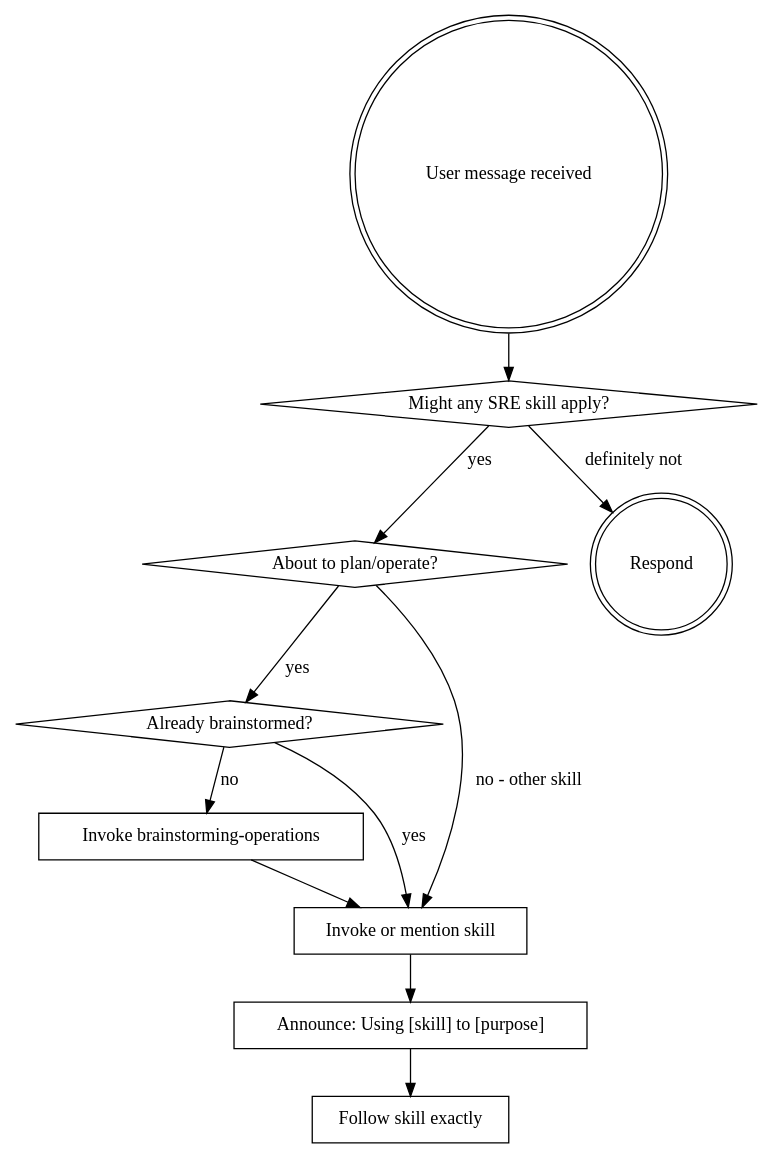
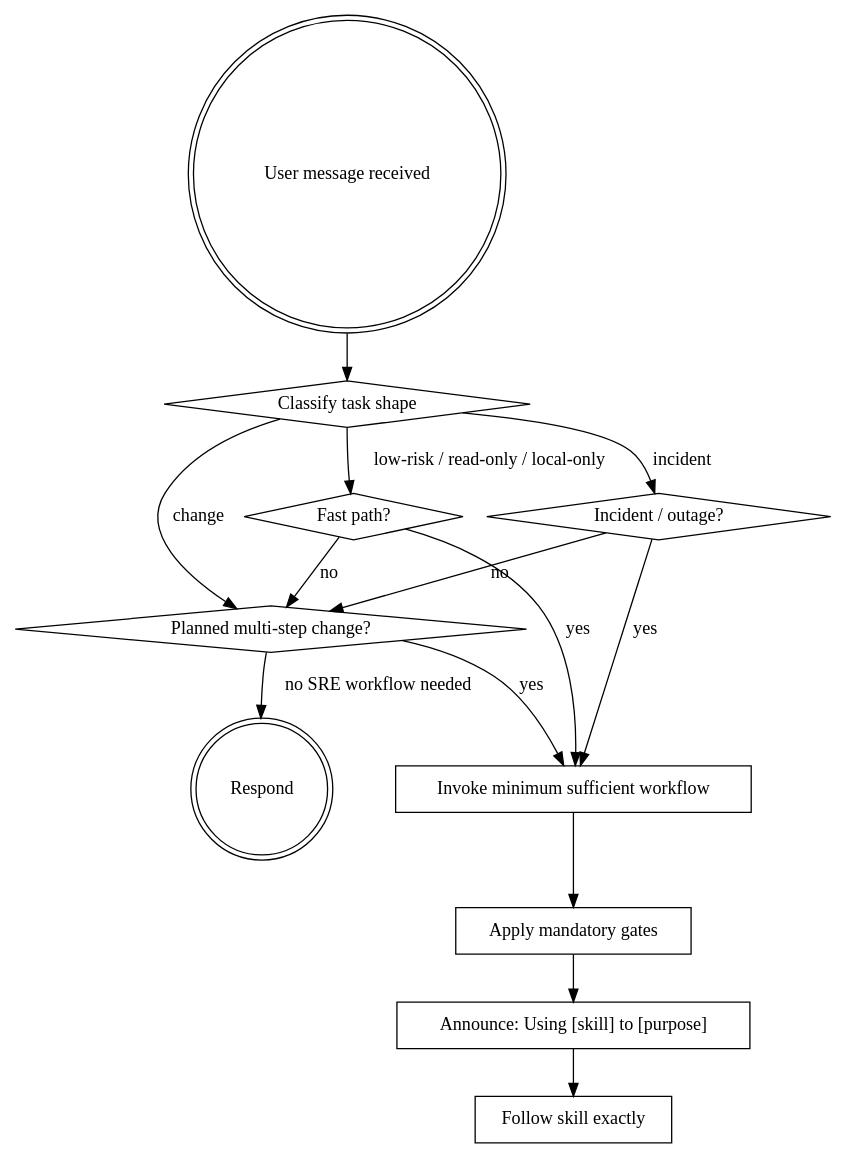
One commit to yg-codes/srepowers changed the diagram in skills/using-srepowers/SKILL.md. Above: the diagram before and after it, drawn with Graphviz. The commit also changed other lines of this file and 17 other files, not shown here.

````diff
--- a/skills/using-srepowers/SKILL.md
+++ b/skills/using-srepowers/SKILL.md
@@ -28,24 +34,28 @@
 ```dot
 digraph skill_flow {
     "User message received" [shape=doublecircle];
-    "Might any SRE skill apply?" [shape=diamond];
-    "About to plan/operate?" [shape=diamond];
-    "Already brainstormed?" [shape=diamond];
-    "Invoke brainstorming-operations" [shape=box];
-    "Invoke or mention skill" [shape=box];
+    "Classify task shape" [shape=diamond];
+    "Fast path?" [shape=diamond];
+    "Incident / outage?" [shape=diamond];
+    "Planned multi-step change?" [shape=diamond];
+    "Invoke minimum sufficient workflow" [shape=box];
+    "Apply mandatory gates" [shape=box];
     "Announce: Using [skill] to [purpose]" [shape=box];
     "Follow skill exactly" [shape=box];
     "Respond" [shape=doublecircle];
 
-    "User message received" -> "Might any SRE skill apply?";
-    "Might any SRE skill apply?" -> "About to plan/operate?" [label="yes"];
-    "Might any SRE skill apply?" -> "Respond" [label="definitely not"];
-    "About to plan/operate?" -> "Already brainstormed?" [label="yes"];
-    "About to plan/operate?" -> "Invoke or mention skill" [label="no - other skill"];
-    "Already brainstormed?" -> "Invoke brainstorming-operations" [label="no"];
-    "Already brainstormed?" -> "Invoke or mention skill" [label="yes"];
-    "Invoke brainstorming-operations" -> "Invoke or mention skill";
-    "Invoke or mention skill" -> "Announce: Using [skill] to [purpose]";
+    "User message received" -> "Classify task shape";
+    "Classify task shape" -> "Fast path?" [label="low-risk / read-only / local-only"];
+    "Classify task shape" -> "Incident / outage?" [label="incident"];
+    "Classify task shape" -> "Planned multi-step change?" [label="change"];
+    "Fast path?" -> "Invoke minimum sufficient workflow" [label="yes"];
+    "Fast path?" -> "Planned multi-step change?" [label="no"];
+    "Incident / outage?" -> "Invoke minimum sufficient workflow" [label="yes"];
+    "Incident / outage?" -> "Planned multi-step change?" [label="no"];
+    "Planned multi-step change?" -> "Invoke minimum sufficient workflow" [label="yes"];
+    "Planned multi-step change?" -> "Respond" [label="no SRE workflow needed"];
+    "Invoke minimum sufficient workflow" -> "Apply mandatory gates";
+    "Apply mandatory gates" -> "Announce: Using [skill] to [purpose]";
     "Announce: Using [skill] to [purpose]" -> "Follow skill exactly";
 }
 ```
````
